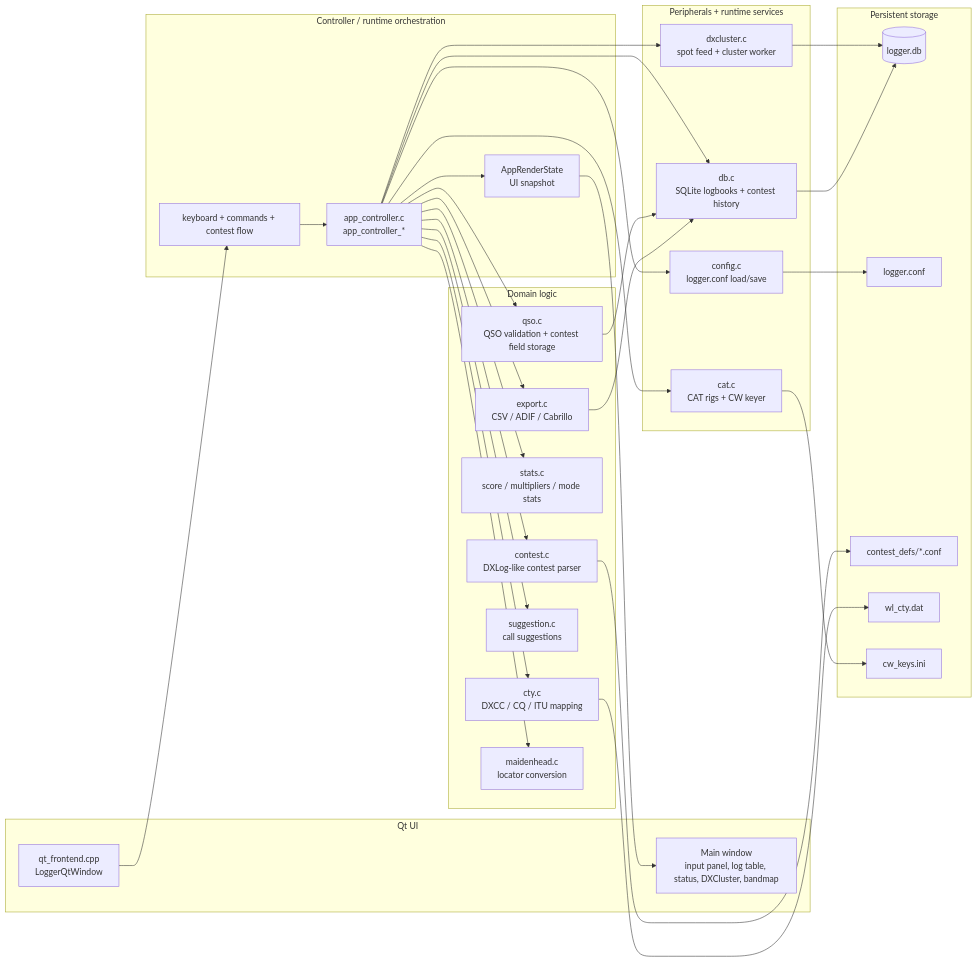
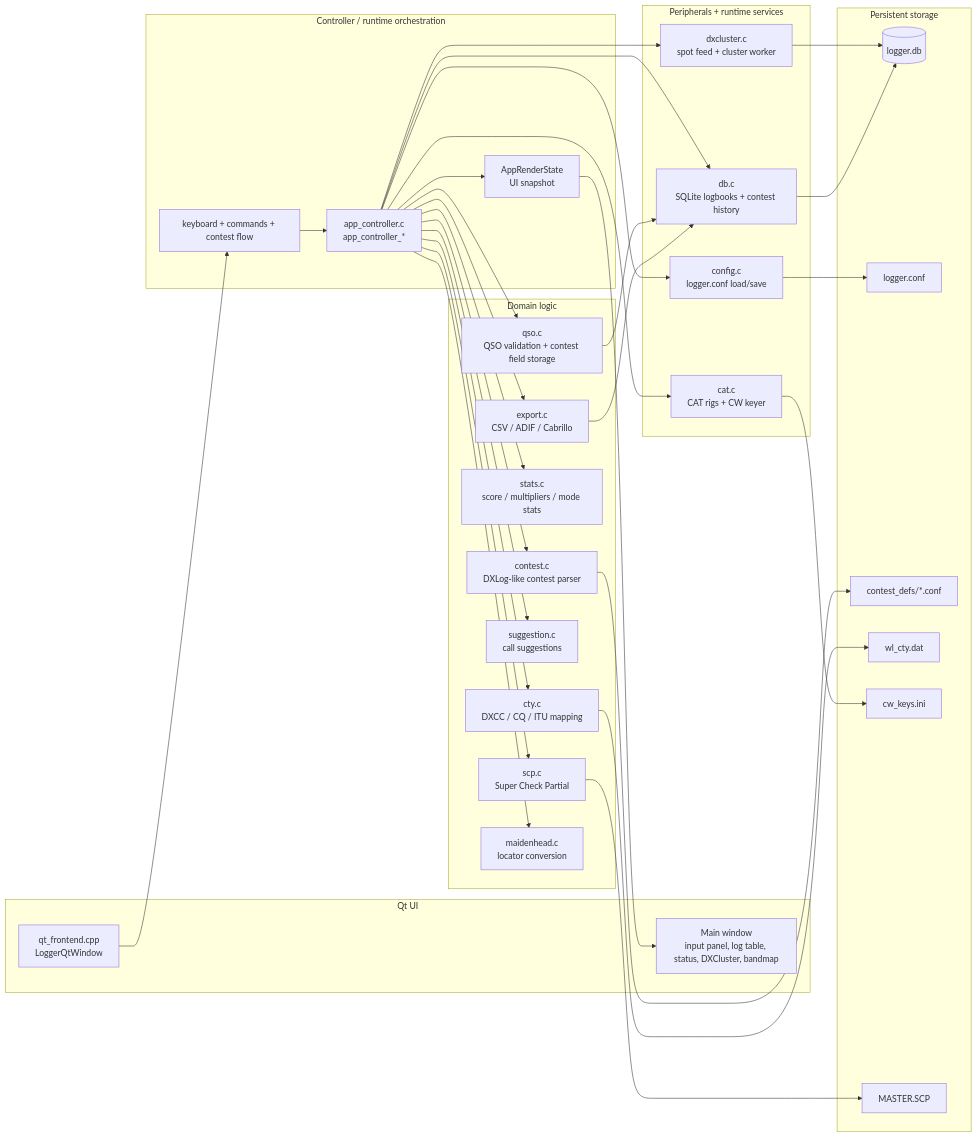
Before and after one commit to darvark/lcl: the diagram in docs/architektura.md, drawn with Mermaid. The commit also changed other lines of this file and 63 other files, not shown here.

````diff
--- a/docs/architektura.md
+++ b/docs/architektura.md
@@ -15,64 +15,68 @@
 ```mermaid
 flowchart LR
     subgraph UI[Qt UI]
         Qt[qt_frontend.cpp\nLoggerQtWindow]
         W[Main window\ninput panel, log table, status, DXCluster, bandmap]
     end
 
     subgraph Controller[Controller / runtime orchestration]
         App[app_controller.c\napp_controller_*]
         Render[AppRenderState\nUI snapshot]
         Cmd[keyboard + commands + contest flow]
     end
 
     subgraph Domain[Domain logic]
         QSO[qso.c\nQSO validation + contest field storage]
         Contest[contest.c\nDXLog-like contest parser]
         Stats[stats.c\nscore / multipliers / mode stats]
         Export[export.c\nCSV / ADIF / Cabrillo]
         Suggest[suggestion.c\ncall suggestions]
         CTY[cty.c\nDXCC / CQ / ITU mapping]
+        SCP[scp.c\nSuper Check Partial]
         Maiden[maidenhead.c\nlocator conversion]
     end
 
     subgraph Infra[Peripherals + runtime services]
         CAT[cat.c\nCAT rigs + CW keyer]
         DXC[dxcluster.c\nspot feed + cluster worker]
         Config[config.c\nlogger.conf load/save]
         DB[db.c\nSQLite logbooks + contest history]
     end
 
     subgraph Data[Persistent storage]
         SQLite[(logger.db)]
         Conf[logger.conf]
         ContestDefs[contest_defs/*.conf]
         CTYDB[wl_cty.dat]
         CWKeys[cw_keys.ini]
+        SCPDB[MASTER.SCP]
     end
 
     Qt --> Cmd
     Cmd --> App
     App --> Render
     Render --> W
 
     App --> QSO
     App --> Contest
     App --> Stats
     App --> Export
     App --> Suggest
     App --> CTY
+    App --> SCP
     App --> Maiden
     App --> CAT
     App --> DXC
     App --> Config
     App --> DB
 
     QSO --> DB
     Export --> DB
     Config --> Conf
     Contest --> ContestDefs
     CTY --> CTYDB
+    SCP --> SCPDB
     CAT --> CWKeys
     DXC --> SQLite
     DB --> SQLite
 ```
````
